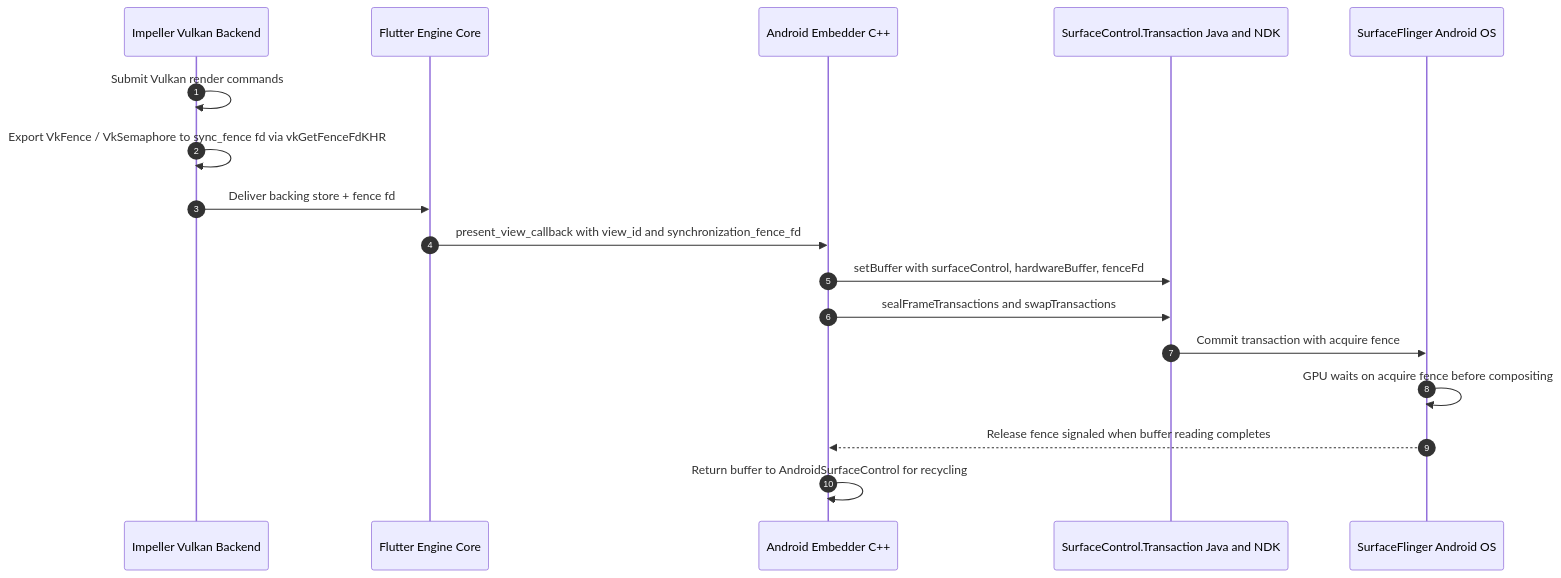
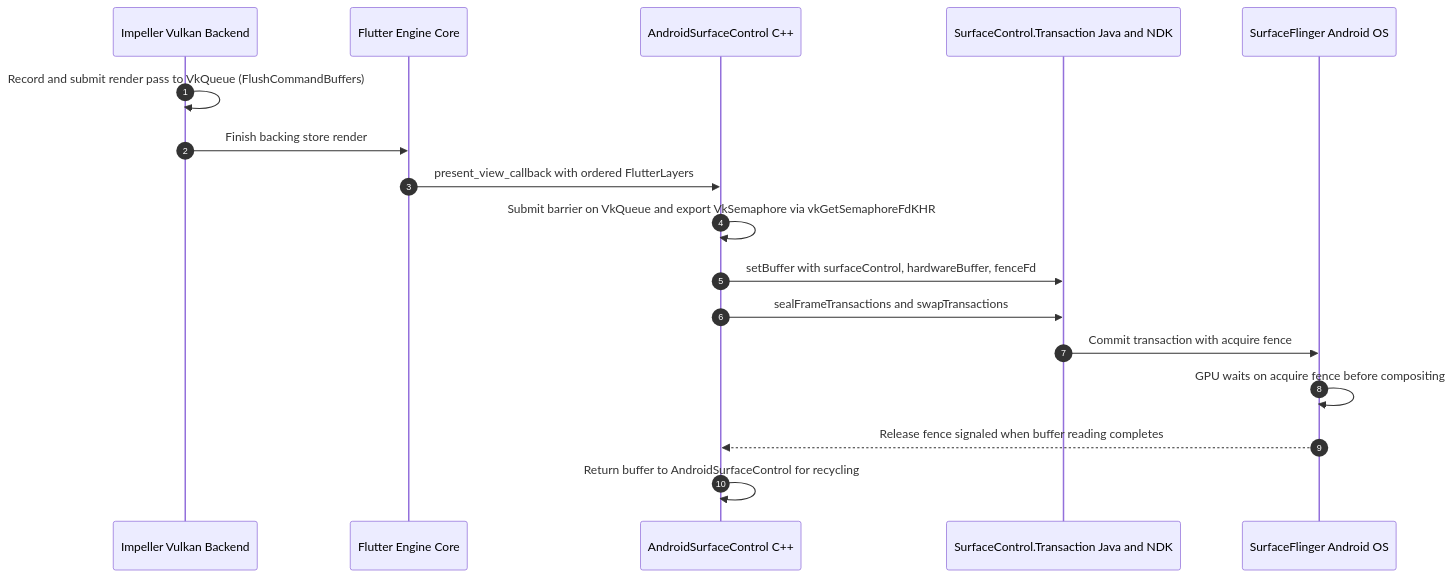
One commit to flutter/rfc changed the fifth of 12 diagrams in rfc/410.0000-flutter-android-embedder-c-api-migration.md. Above: the diagram before and after it, drawn with Mermaid. The commit also changed other lines of this file, not shown here.

Commit message:
Remove synchronization_fence since disabling the backing store cache leaves the Android side with ownership

````diff
--- a/rfc/410.0000-flutter-android-embedder-c-api-migration.md
+++ b/rfc/410.0000-flutter-android-embedder-c-api-migration.md
@@ -846,20 +822,20 @@
 ```mermaid
 sequenceDiagram
     autonumber
     participant Impeller as Impeller Vulkan Backend
     participant Engine as Flutter Engine Core
-    participant Embedder as Android Embedder C++
+    participant Embedder as AndroidSurfaceControl C++
     participant SC as SurfaceControl.Transaction Java and NDK
     participant SF as SurfaceFlinger Android OS
 
-    Impeller->>Impeller: Submit Vulkan render commands
-    Impeller->>Impeller: Export VkFence / VkSemaphore to sync_fence fd via vkGetFenceFdKHR
-    Impeller->>Engine: Deliver backing store + fence fd
-    Engine->>Embedder: present_view_callback with view_id and synchronization_fence_fd
+    Impeller->>Impeller: Record and submit render pass to VkQueue (FlushCommandBuffers)
+    Impeller->>Engine: Finish backing store render
+    Engine->>Embedder: present_view_callback with ordered FlutterLayers
+    Embedder->>Embedder: Submit barrier on VkQueue and export VkSemaphore via vkGetSemaphoreFdKHR
     Embedder->>SC: setBuffer with surfaceControl, hardwareBuffer, fenceFd
     Embedder->>SC: sealFrameTransactions and swapTransactions
     SC->>SF: Commit transaction with acquire fence
     SF->>SF: GPU waits on acquire fence before compositing
     SF-->>Embedder: Release fence signaled when buffer reading completes
     Embedder->>Embedder: Return buffer to AndroidSurfaceControl for recycling
 ```
````
